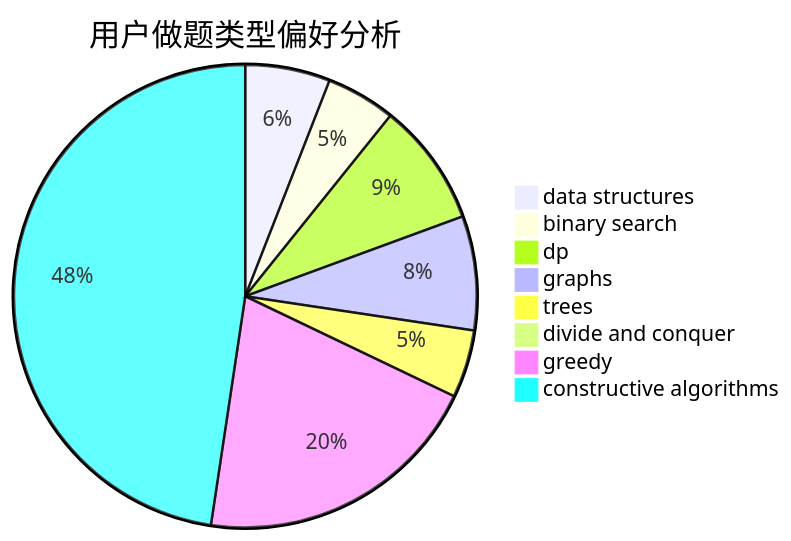
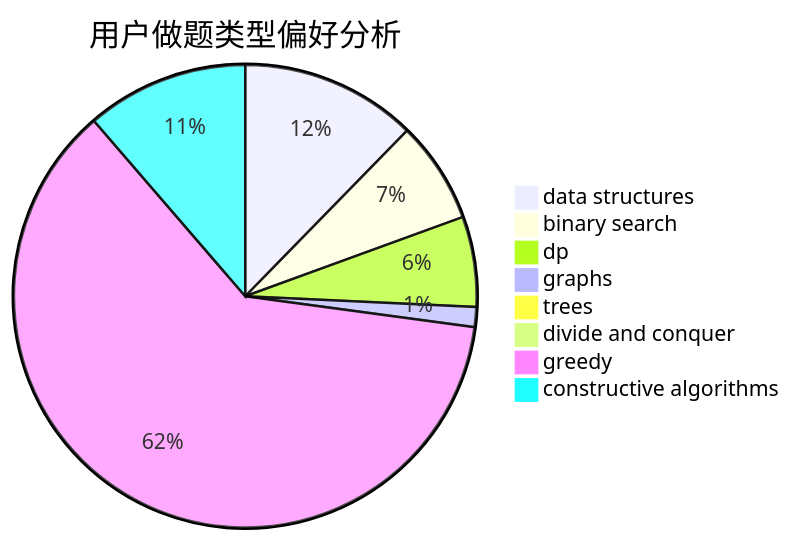
The second of 3 diagrams in docs/user/u1519.md (sherpahu/cfrs.github.io), drawn with Mermaid before and after one commit. The commit also changed other lines of this file and 2770 other files, not shown here.

````diff
--- a/docs/user/u1519.md
+++ b/docs/user/u1519.md
@@ -23,11 +23,11 @@
 ```mermaid
 pie title 用户做题类型偏好分析
-    "data structures" :  55
-    "binary search" :  45
-    "dp" :  80
-    "graphs" :  74
-    "trees" :  44
+    "data structures" :  88
+    "binary search" :  51
+    "dp" :  45
+    "graphs" :  10
+    "trees" :  0
     "divide and conquer" :  0
-    "greedy" :  188
-    "constructive algorithms" :  442
+    "greedy" :  440
+    "constructive algorithms" :  81
 ```
````
